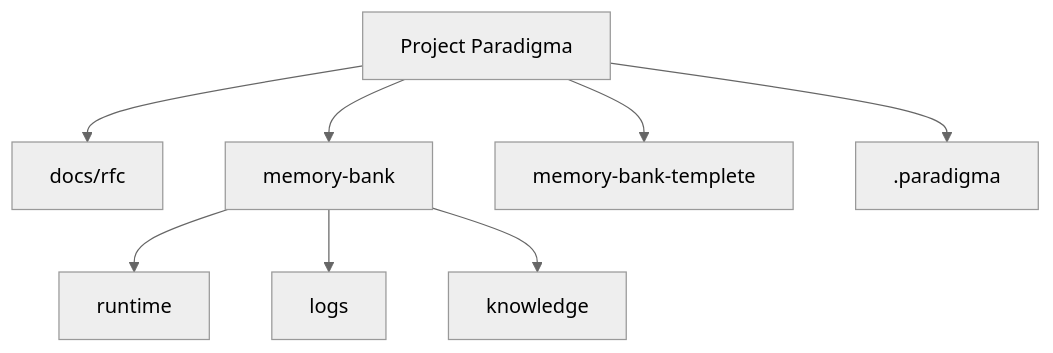
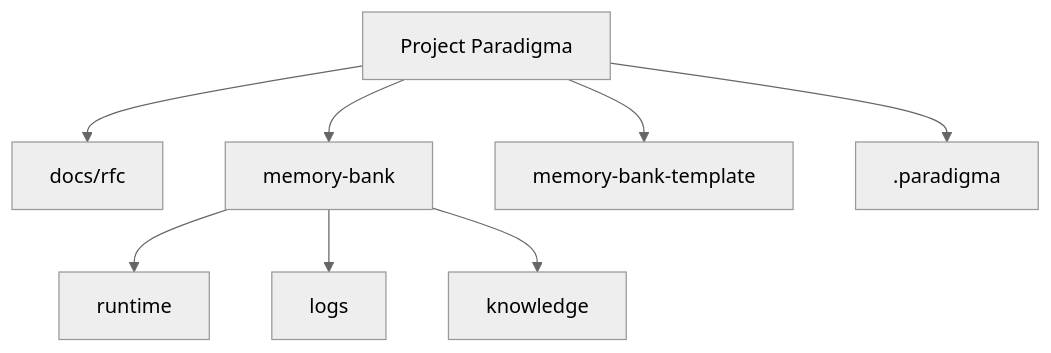
One commit to Marz42/paradigma changed the diagram in README.md. Above: the diagram before and after it, drawn with Mermaid (neutral theme). The commit also changed other lines of this file and 22 other files, not shown here.

Commit message:
fix: correct spelling of 'template' in memory-bank paths and update related documentation

````diff
--- a/README.md
+++ b/README.md
@@ -113,10 +113,10 @@
 ```mermaid
 flowchart TD
     repoRoot["Project Paradigma"] --> docs["docs/rfc"]
     repoRoot --> memoryBank["memory-bank"]
     memoryBank --> runtime["runtime"]
     memoryBank --> logs["logs"]
     memoryBank --> knowledge["knowledge"]
-    repoRoot --> templates["memory-bank-templete"]
+    repoRoot --> templates["memory-bank-template"]
     repoRoot --> tooling[".paradigma"]
 ```
````
